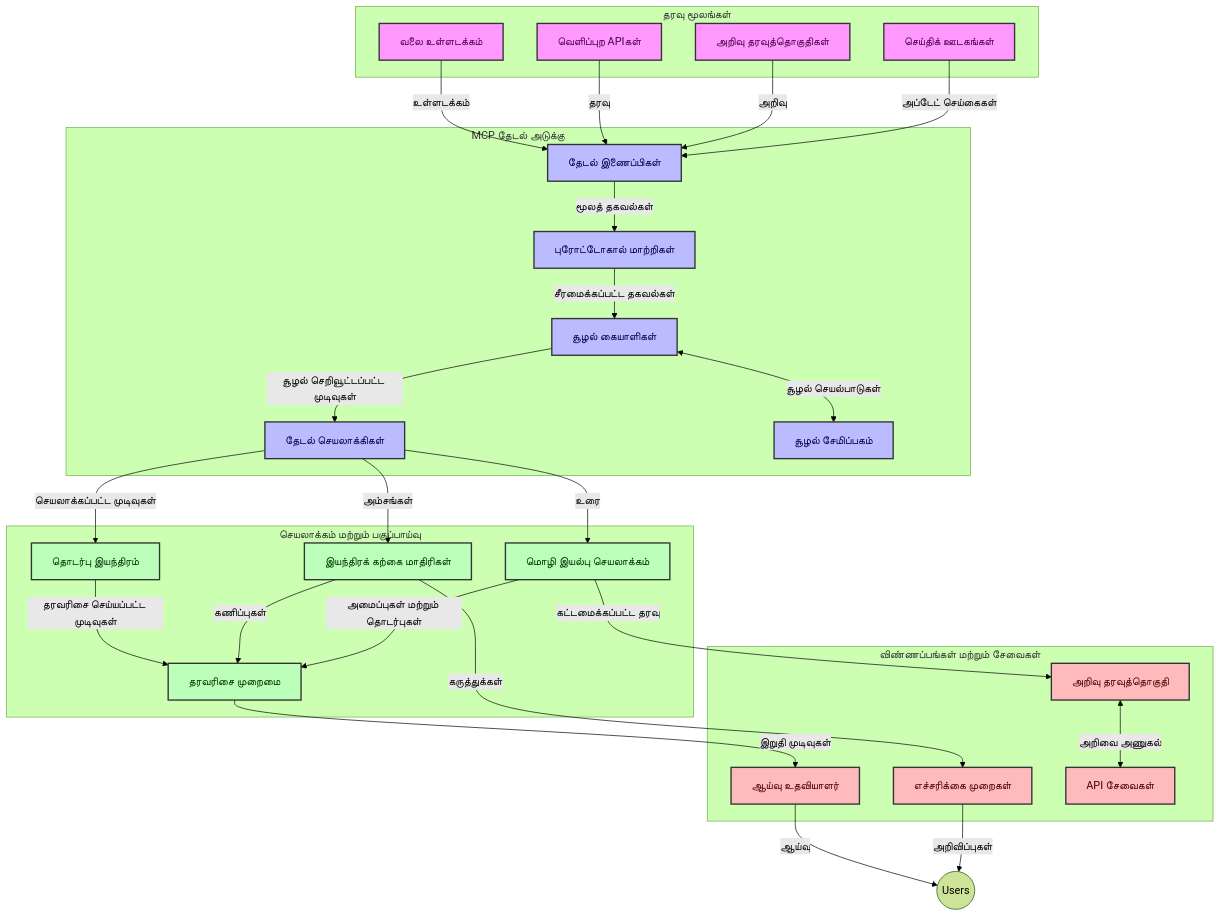
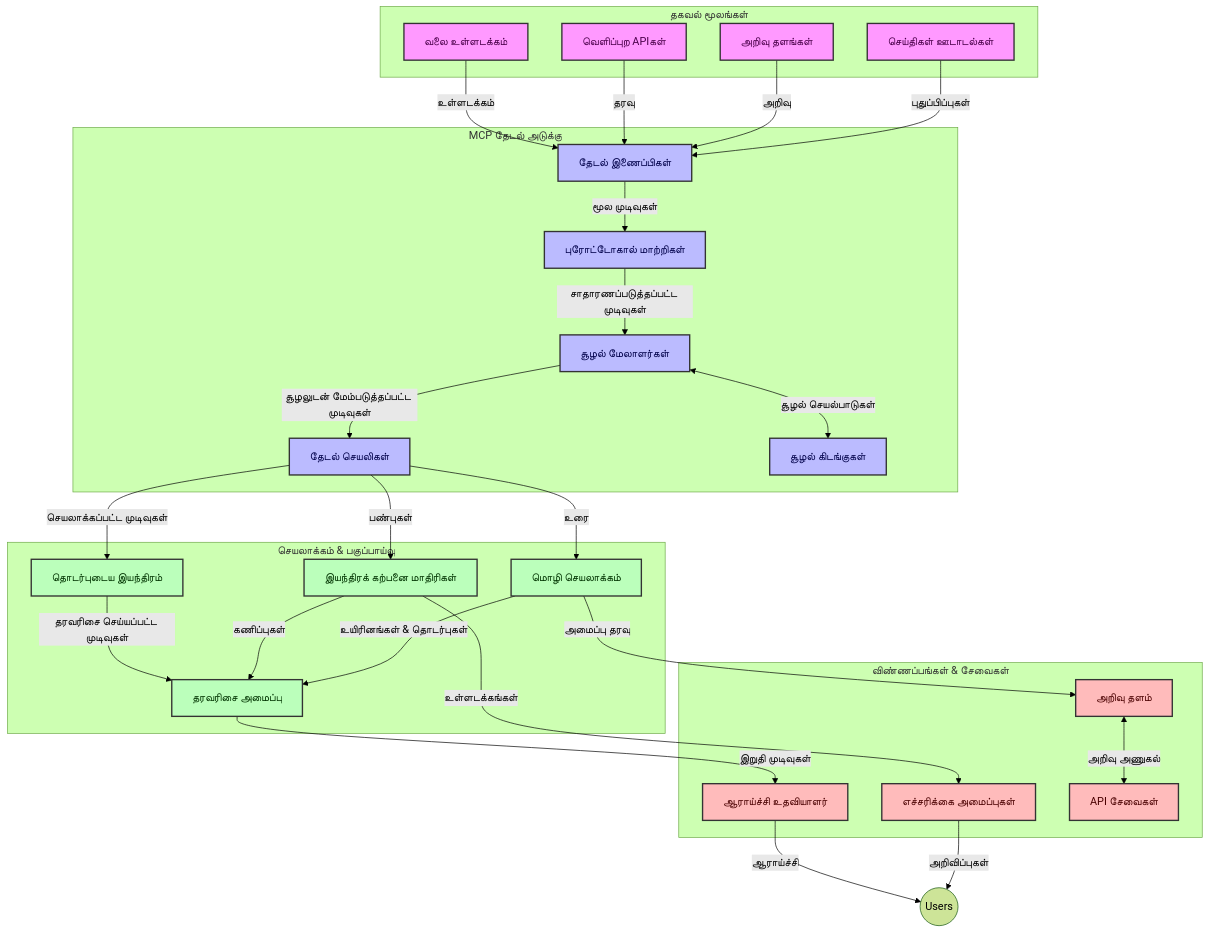
One commit to microsoft/mcp-for-beginners changed the first of 4 diagrams in translations/ta/05-AdvancedTopics/mcp-realtimesearch/README.md. Above: the diagram before and after it, drawn with Mermaid (forest theme). The commit also changed other lines of this file and 138 other files, not shown here.

````diff
--- a/translations/ta/05-AdvancedTopics/mcp-realtimesearch/README.md
+++ b/translations/ta/05-AdvancedTopics/mcp-realtimesearch/README.md
@@ -109,66 +109,66 @@
 ```mermaid
 graph TD
-    subgraph "தரவு மூலங்கள்"
+    subgraph "தகவல் மூலங்கள்"
         Web[வலை உள்ளடக்கம்]
         APIs[வெளிப்புற APIகள்]
-        DB[அறிவு தரவுத்தொகுதிகள்]
-        News[செய்திக் ஊடகங்கள்]
+        DB[அறிவு தளங்கள்]
+        News[செய்திகள் ஊடாடல்கள்]
     end
 
     subgraph "MCP தேடல் அடுக்கு"
         SC[தேடல் இணைப்பிகள்]
         PA[புரோட்டோகால் மாற்றிகள்]
-        CH[சூழல் கையாளிகள்]
-        SP[தேடல் செயலாக்கிகள்]
-        CS[சூழல் சேமிப்பகம்]
+        CH[சூழல் மேலாளர்கள்]
+        SP[தேடல் செயலிகள்]
+        CS[சூழல் கிடங்குகள்]
     end
 
-    subgraph "செயலாக்கம் மற்றும் பகுப்பாய்வு"
-        RE[தொடர்பு இயந்திரம்]
-        ML[இயந்திரக் கற்கை மாதிரிகள்]
-        NLP[மொழி இயல்பு செயலாக்கம்]
-        Rank[தரவரிசை முறைமை]
+    subgraph "செயலாக்கம் & பகுப்பாய்வு"
+        RE[தொடர்புடைய இயந்திரம்]
+        ML[இயந்திரக் கற்பனை மாதிரிகள்]
+        NLP[மொழி செயலாக்கம்]
+        Rank[தரவரிசை அமைப்பு]
     end
 
-    subgraph "விண்ணப்பங்கள் மற்றும் சேவைகள்"
-        RA[ஆய்வு உதவியாளர்]
-        Alerts[எச்சரிக்கை முறைகள்]
-        KB[அறிவு தரவுத்தொகுதி]
+    subgraph "விண்ணப்பங்கள் & சேவைகள்"
+        RA[ஆராய்ச்சி உதவியாளர்]
+        Alerts[எச்சரிக்கை அமைப்புகள்]
+        KB[அறிவு தளம்]
         API[API சேவைகள்]
     end
 
     Web -->|உள்ளடக்கம்| SC
     APIs -->|தரவு| SC
     DB -->|அறிவு| SC
-    News -->|அப்டேட் செய்கைகள்| SC
+    News -->|புதுப்பிப்புகள்| SC
     
-    SC -->|மூலத் தகவல்கள்| PA
-    PA -->|சீரமைக்கப்பட்ட தகவல்கள்| CH
+    SC -->|மூல முடிவுகள்| PA
+    PA -->|சாதாரணப்படுத்தப்பட்ட முடிவுகள்| CH
     CH <-->|சூழல் செயல்பாடுகள்| CS
-    CH -->|சூழல் செறிவூட்டப்பட்ட முடிவுகள்| SP
+    CH -->|சூழலுடன் மேம்படுத்தப்பட்ட முடிவுகள்| SP
     SP -->|செயலாக்கப்பட்ட முடிவுகள்| RE
-    SP -->|அம்சங்கள்| ML
+    SP -->|பண்புகள்| ML
     SP -->|உரை| NLP
     
     RE -->|தரவரிசை செய்யப்பட்ட முடிவுகள்| Rank
     ML -->|கணிப்புகள்| Rank
-    NLP -->|அமைப்புகள் மற்றும் தொடர்புகள்| Rank
+    NLP -->|உயிரினங்கள் & தொடர்புகள்| Rank
     
     Rank -->|இறுதி முடிவுகள்| RA
-    ML -->|கருத்துக்கள்| Alerts
-    NLP -->|கட்டமைக்கப்பட்ட தரவு| KB
+    ML -->|உள்ளடக்கங்கள்| Alerts
+    NLP -->|அமைப்பு தரவு| KB
     
-    RA -->|ஆய்வு| Users((Users))
+    RA -->|ஆராய்ச்சி| Users((Users))
     Alerts -->|அறிவிப்புகள்| Users
-    KB <-->|அறிவை அணுகல்| API
+    KB <-->|அறிவு அணுகல்| API
 
     classDef sources fill:#f9f,stroke:#333,stroke-width:2px,color:#4a004a
     classDef mcp fill:#bbf,stroke:#333,stroke-width:2px,color:#00004a
     classDef processing fill:#bfb,stroke:#333,stroke-width:2px,color:#003300
     classDef apps fill:#fbb,stroke:#333,stroke-width:2px,color:#4a0000
     
     class Web,APIs,DB,News sources
     class SC,PA,CH,SP,CS mcp
     class RE,ML,NLP,Rank processing
     class RA,Alerts,KB,API apps
 ```
````
